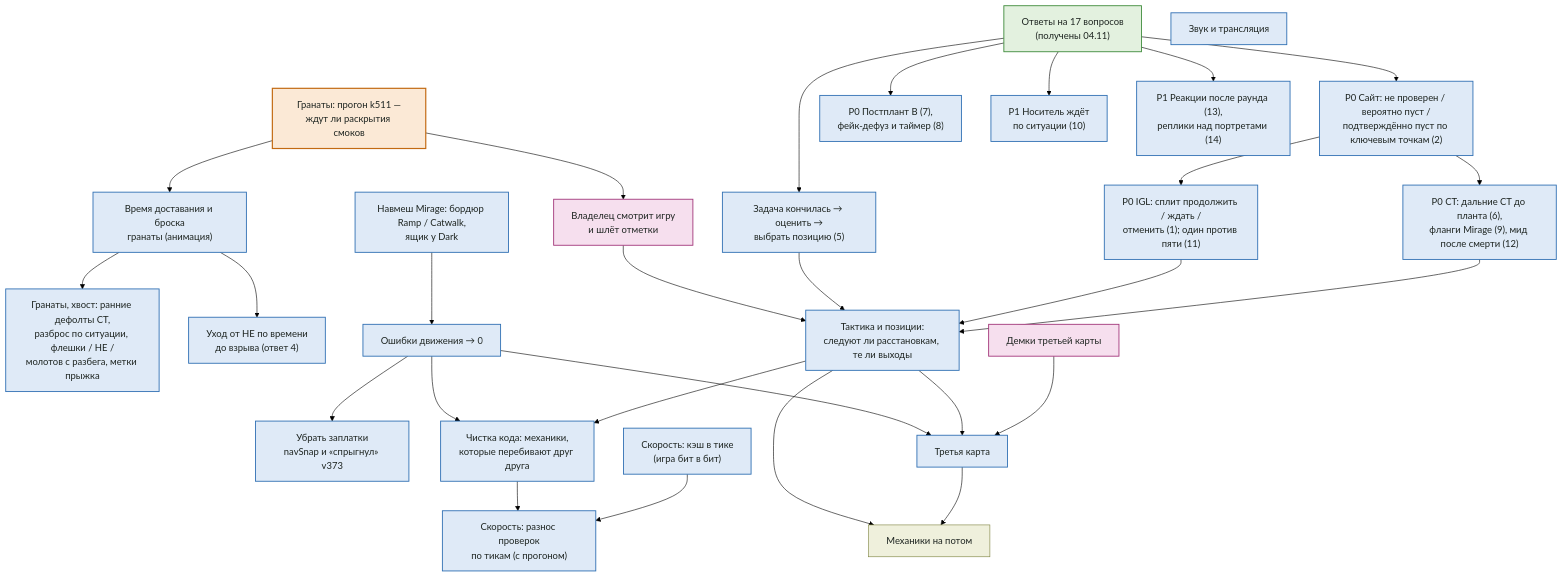
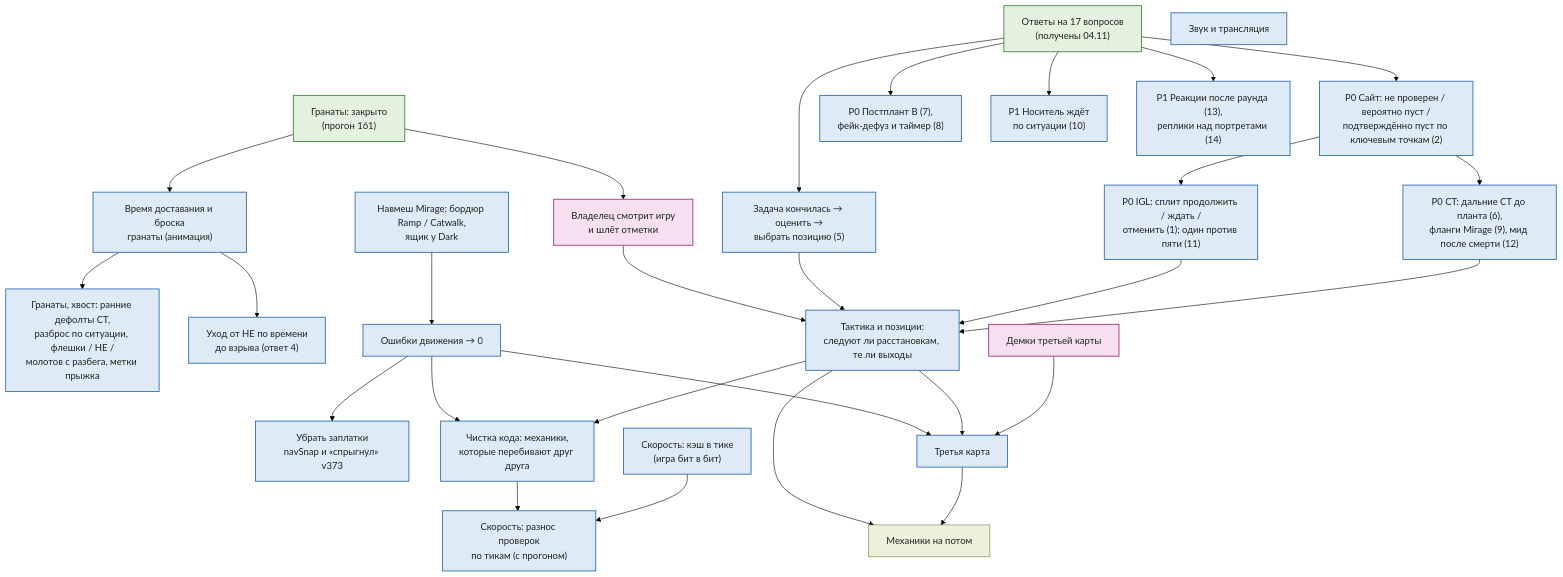
One commit to xa11mono/sim-cs2 changed the diagram in ROADMAP.md. Above: the diagram before and after it, drawn with Mermaid (forest theme). The commit also changed other lines of this file and 11 other files, not shown here.

First line of the commit message:
прогон 161: v509–v511 оставлены, гранаты закрыты; результаты check

````diff
--- a/ROADMAP.md
+++ b/ROADMAP.md
@@ -11,46 +11,46 @@
 ```mermaid
 flowchart TD
-  G0["Гранаты: прогон k511 —<br/>ждут ли раскрытия смоков"]:::now
+  G0["Гранаты: закрыто<br/>(прогон 161)"]:::done
   REV["Владелец смотрит игру<br/>и шлёт отметки"]:::you
   ANS["Ответы на 17 вопросов<br/>(получены 04.11)"]:::done
 
   G0 --> REV
   G0 --> DRAW["Время доставания и броска<br/>гранаты (анимация)"]:::me
   DRAW --> GT["Гранаты, хвост: ранние дефолты CT,<br/>разброс по ситуации, флешки / HE /<br/>молотов с разбега, метки прыжка"]:::me
   DRAW --> HE["Уход от HE по времени<br/>до взрыва (ответ 4)"]:::me
 
   NAV["Навмеш Mirage: бордюр Ramp / Catwalk,<br/>ящик у Dark"]:::me
   NAV --> MOV["Ошибки движения → 0"]:::me
   MOV --> PATCH["Убрать заплатки<br/>navSnap и «спрыгнул» v373"]:::me
 
   ANS --> INFO["P0 Сайт: не проверен / вероятно пуст /<br/>подтверждённо пуст по ключевым точкам (2)"]:::me
   INFO --> IGL["P0 IGL: сплит продолжить / ждать /<br/>отменить (1); один против пяти (11)"]:::me
   INFO --> CT["P0 CT: дальние CT до планта (6),<br/>фланги Mirage (9), мид после смерти (12)"]:::me
   ANS --> PP["P0 Постплант B (7),<br/>фейк-дефуз и таймер (8)"]:::me
   ANS --> TASK["Задача кончилась → оценить →<br/>выбрать позицию (5)"]:::me
   ANS --> CAR["P1 Носитель ждёт<br/>по ситуации (10)"]:::me
   ANS --> UI["P1 Реакции после раунда (13),<br/>реплики над портретами (14)"]:::me
   REV --> TAC["Тактика и позиции:<br/>следуют ли расстановкам, те ли выходы"]:::me
   TASK --> TAC
   IGL --> TAC
   CT --> TAC
 
   MOV --> CLEAN["Чистка кода: механики,<br/>которые перебивают друг друга"]:::me
   TAC --> CLEAN
   PERF["Скорость: кэш в тике<br/>(игра бит в бит)"]:::me
   CLEAN --> PERF2["Скорость: разнос проверок<br/>по тикам (с прогоном)"]:::me
   PERF --> PERF2
   SND["Звук и трансляция"]:::me
 
   MOV --> MAP3["Третья карта"]:::me
   TAC --> MAP3
   DEMO["Демки третьей карты"]:::you --> MAP3
   TAC --> FUT["Механики на потом"]:::later
   MAP3 --> FUT
 
   classDef now fill:#fbe9d6,stroke:#c26a12,stroke-width:2px,color:#1d2420
   classDef me fill:#dfeaf7,stroke:#2f6fb3,stroke-width:1.5px,color:#1d2420
   classDef you fill:#f6dfee,stroke:#a2367a,stroke-width:1.5px,color:#1d2420
   classDef done fill:#e3f1df,stroke:#3d8a3a,stroke-width:1.5px,color:#1d2420
   classDef later fill:#eff0dc,stroke:#7a7f3a,color:#1d2420
 ```
````
